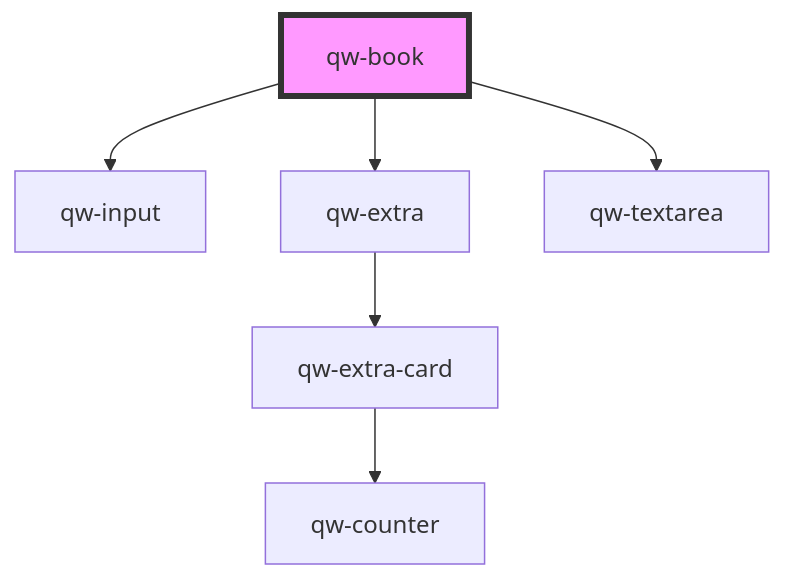
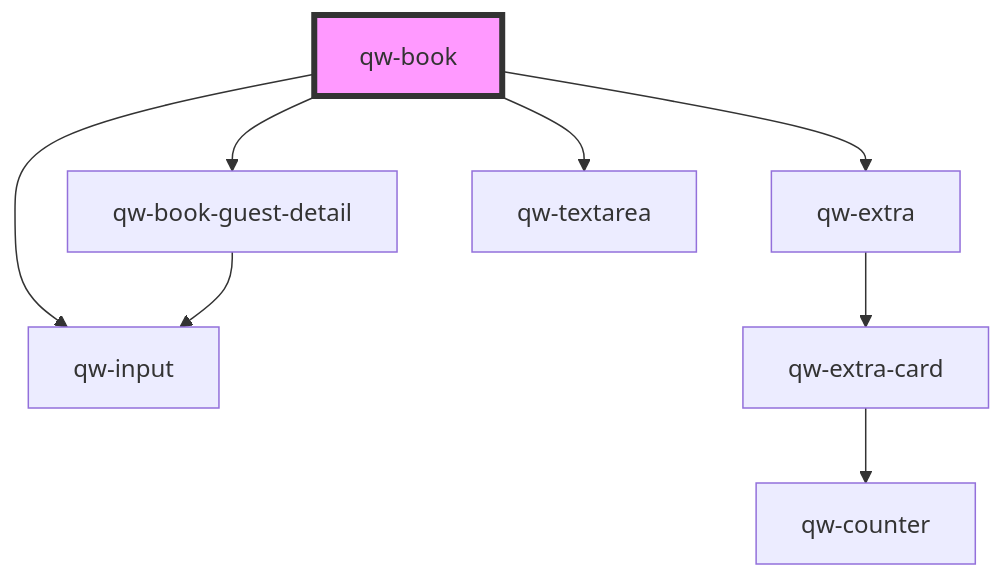
One commit to qwentes-team/qw-hotels changed the diagram in src/components/qw-book/readme.md. Above: the diagram before and after it, drawn with Mermaid. The commit also changed other lines of this file and 12 other files, not shown here.

Commit message:
feat(qw-book-guest-detail): component

````diff
--- a/src/components/qw-book/readme.md
+++ b/src/components/qw-book/readme.md
@@ -24,9 +25,11 @@
 ```mermaid
 graph TD;
-  qw-book --> qw-input
+  qw-book --> qw-book-guest-detail
   qw-book --> qw-extra
   qw-book --> qw-textarea
+  qw-book --> qw-input
+  qw-book-guest-detail --> qw-input
   qw-extra --> qw-extra-card
   qw-extra-card --> qw-counter
   style qw-book fill:#f9f,stroke:#333,stroke-width:4px
 ```
````
